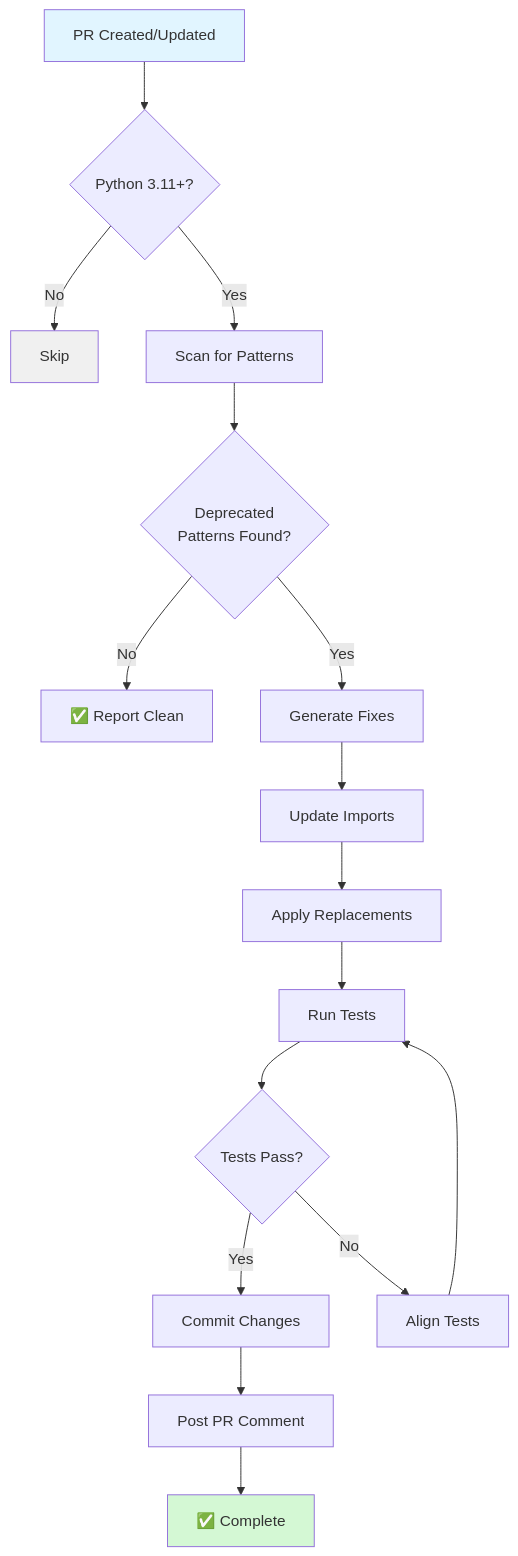
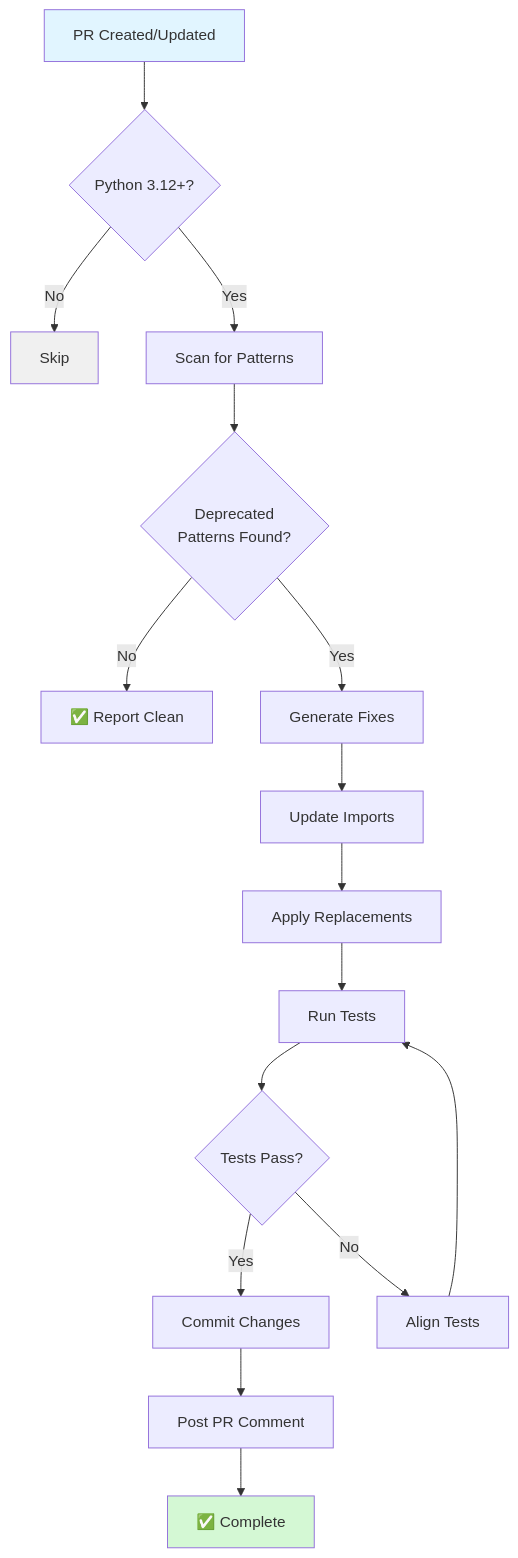
Before and after one commit to Aries-Serpent/_codex_: the diagram in .github/copilot/agents/datetime-modernizer.md, drawn with Mermaid. The commit also changed other lines of this file and 135 other files, not shown here.

````diff
--- a/.github/copilot/agents/datetime-modernizer.md
+++ b/.github/copilot/agents/datetime-modernizer.md
@@ -186,26 +186,26 @@
 ```mermaid
 graph TB
-    A[PR Created/Updated] --> B{Python 3.11+?}
+    A[PR Created/Updated] --> B{Python 3.12+?}
     B -->|No| Z[Skip]
     B -->|Yes| C[Scan for Patterns]
     
     C --> D{Deprecated<br/>Patterns Found?}
     D -->|No| E[✅ Report Clean]
     D -->|Yes| F[Generate Fixes]
     
     F --> G[Update Imports]
     G --> H[Apply Replacements]
     H --> I[Run Tests]
     
     I --> J{Tests Pass?}
     J -->|Yes| K[Commit Changes]
     J -->|No| L[Align Tests]
     
     L --> I
     K --> M[Post PR Comment]
     M --> N[✅ Complete]
     
     style A fill:#e1f5ff
     style N fill:#d4f8d4
     style Z fill:#f0f0f0
 ```
````
